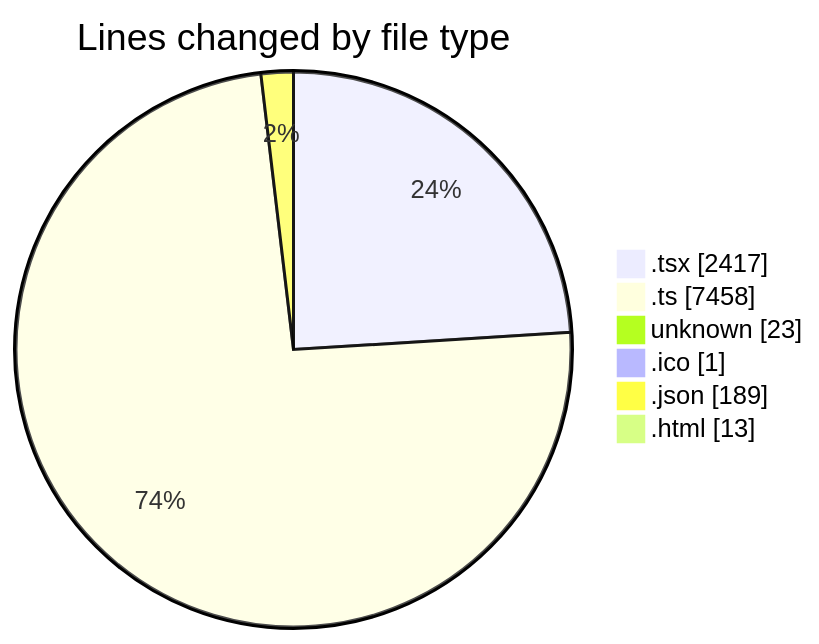
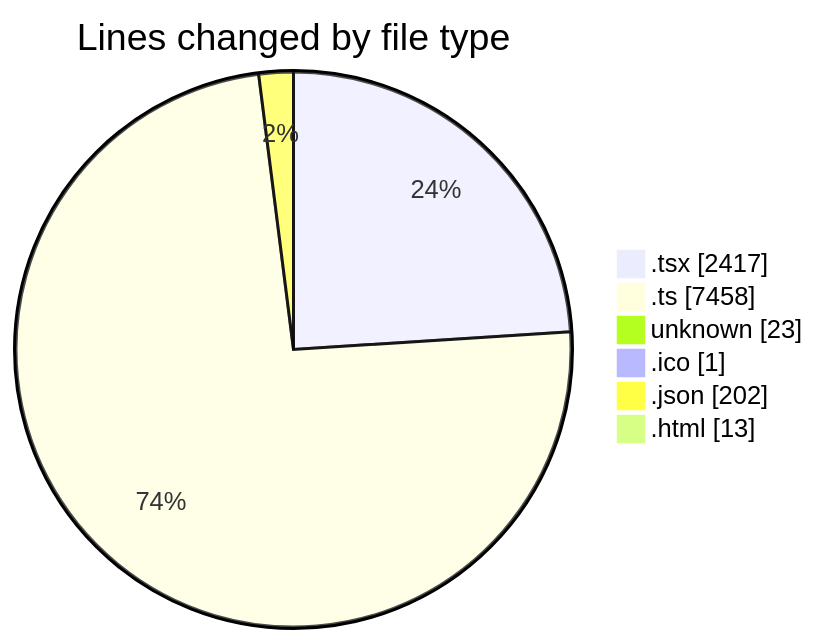
Before and after one commit to JenPaints/code-tracking: the first of 2 diagrams in 2025-06-20/modeljsondesigner/README.md, drawn with Mermaid. The commit also changed other lines of this file and 1 other file, not shown here.

````diff
--- a/2025-06-20/modeljsondesigner/README.md
+++ b/2025-06-20/modeljsondesigner/README.md
@@ -33,10 +33,10 @@
 ```mermaid
 pie showData
 title Lines changed by file type
 ".tsx" : 2417
 ".ts" : 7458
 "unknown" : 23
 ".ico" : 1
-".json" : 189
+".json" : 202
 ".html" : 13
 ```
````
